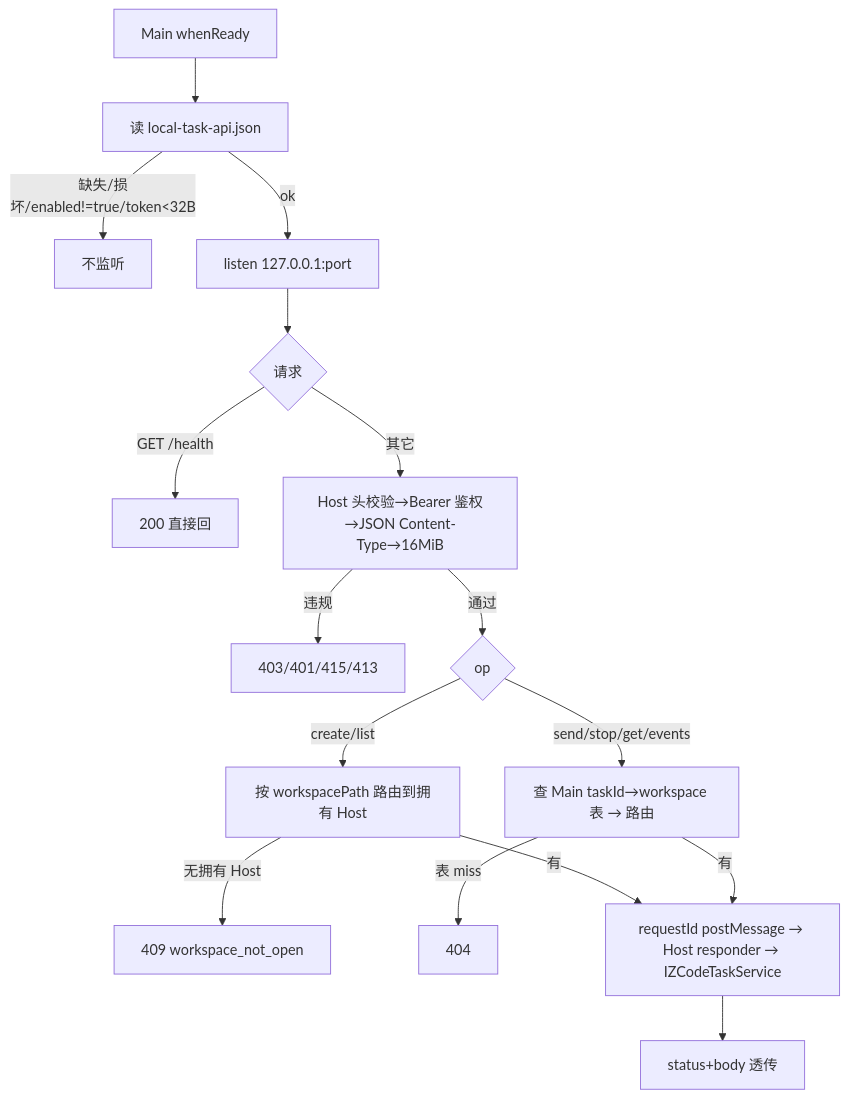
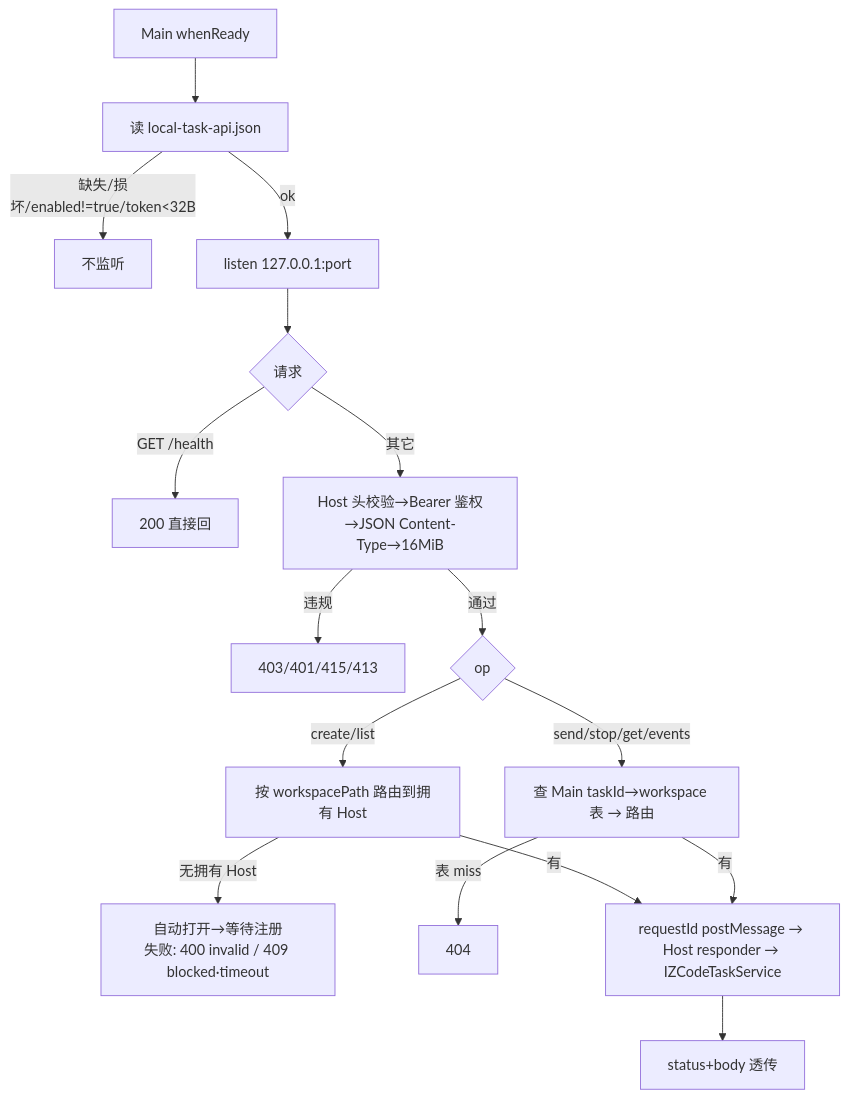
One commit to weidwonder/ZCode changed the diagram in docs/spec/2026-10-28-zcode-local-task-api-eng-spec.md. Above: the diagram before and after it, drawn with Mermaid. The commit also changed other lines of this file and 3 other files, not shown here.

````diff
--- a/docs/spec/2026-10-28-zcode-local-task-api-eng-spec.md
+++ b/docs/spec/2026-10-28-zcode-local-task-api-eng-spec.md
@@ -27,18 +27,18 @@
   ```mermaid
   flowchart TD
     A[Main whenReady] --> B[读 local-task-api.json]
     B -->|缺失/损坏/enabled!=true/token<32B| X[不监听]
     B -->|ok| C[listen 127.0.0.1:port]
     C --> D{请求}
     D -->|GET /health| E[200 直接回]
     D -->|其它| F[Host 头校验→Bearer 鉴权→JSON Content-Type→16MiB]
     F -->|违规| G[403/401/415/413]
     F -->|通过| H{op}
     H -->|create/list| I[按 workspacePath 路由到拥有 Host]
     H -->|send/stop/get/events| J[查 Main taskId→workspace 表 → 路由]
-    I -->|无拥有 Host| K[409 workspace_not_open]
+    I -->|无拥有 Host| K[自动打开→等待注册<br/>失败: 400 invalid / 409 blocked·timeout]
     J -->|表 miss| L[404]
     I -->|有| M[requestId postMessage → Host responder → IZCodeTaskService]
     J -->|有| M
     M --> N[status+body 透传]
   ```
````
